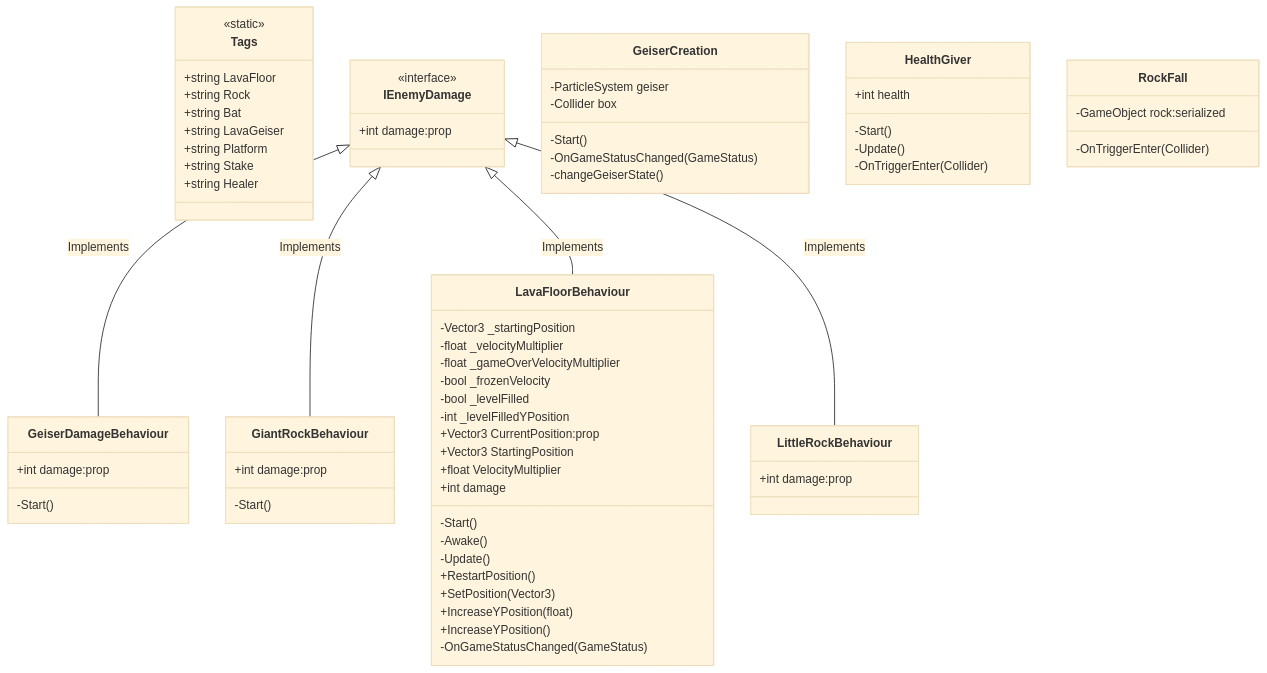
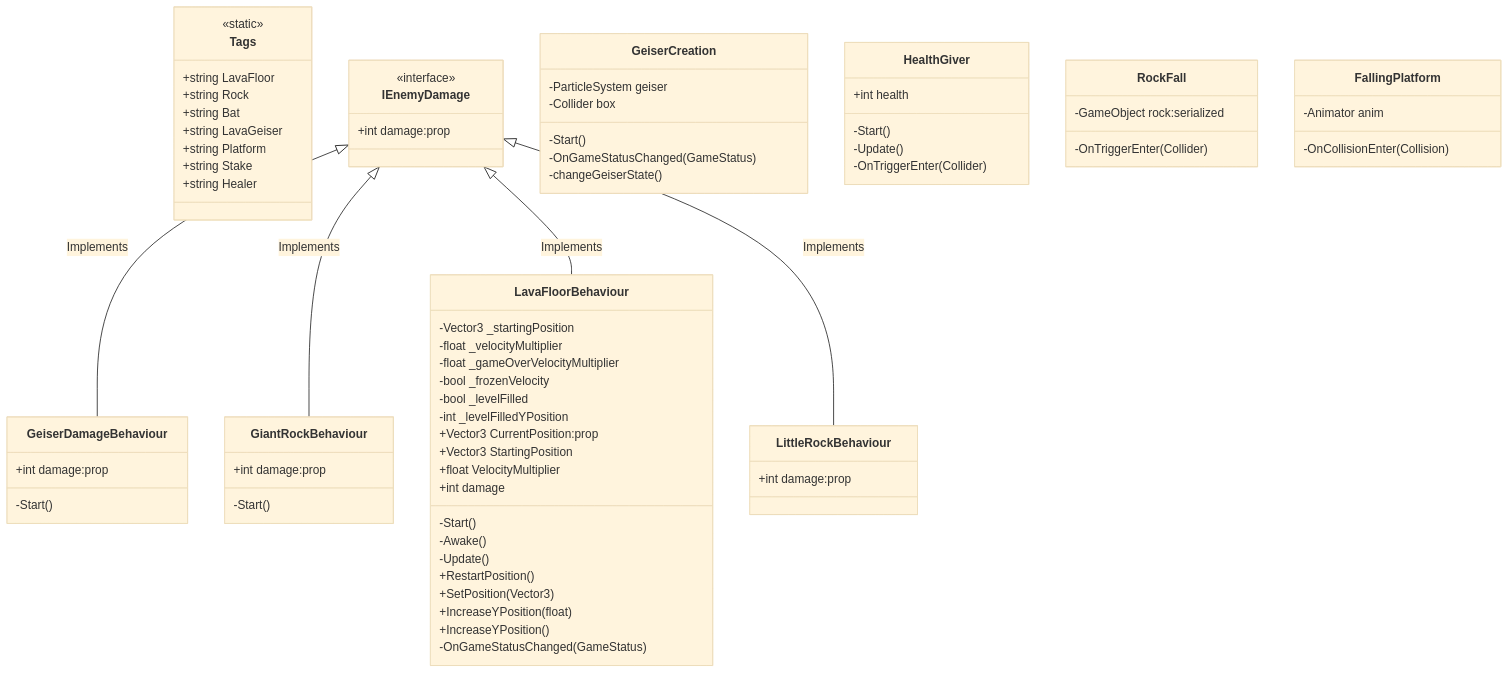
Before and after one commit to Eldamo24/Floor-is-Lava: the third of 5 diagrams in README.md, drawn with Mermaid (base theme).

````diff
--- a/README.md
+++ b/README.md
@@ -196,4 +196,9 @@
         -OnTriggerEnter(Collider)
     }
 
+     class FallingPlatform{
+        -Animator anim
+        -OnCollisionEnter(Collision)
+    }
+
 ```
````
